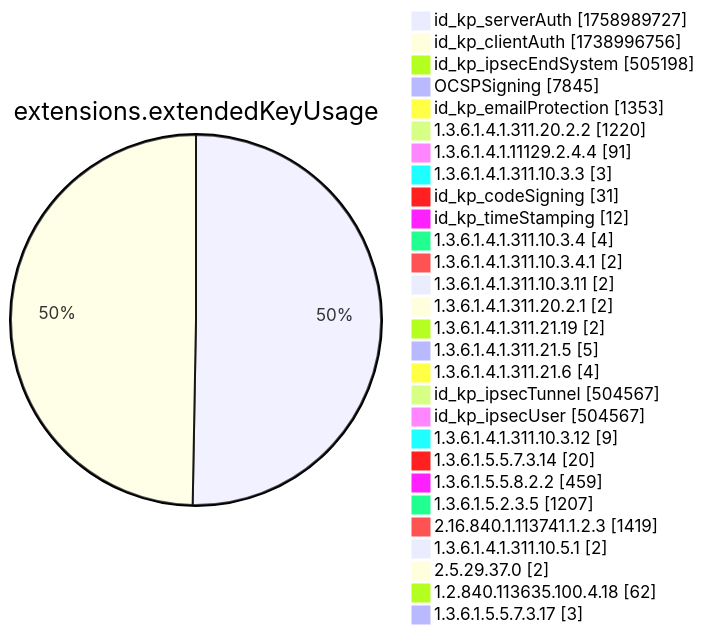
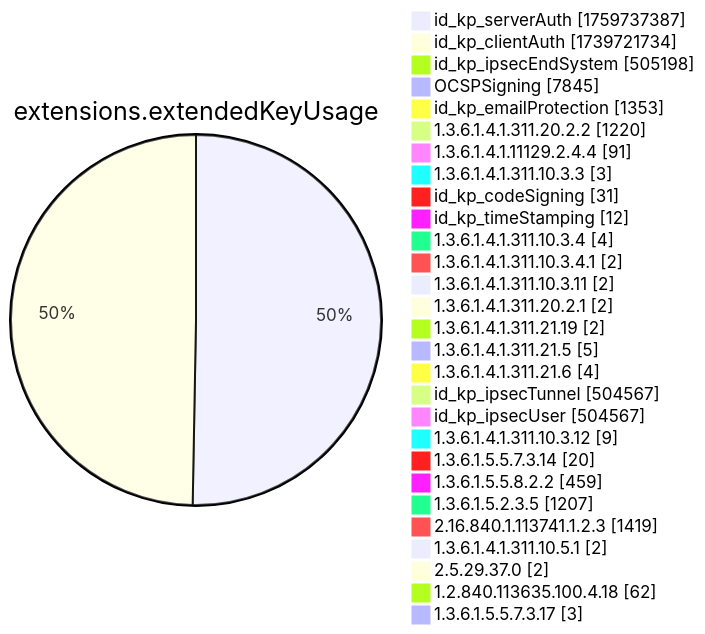
Diagram 12 of 15 in xenon2022/README.md (christiankrug/ctmonitor_visualization), drawn with Mermaid before and after one commit. The commit also changed other lines of this file, not shown here.

````diff
--- a/xenon2022/README.md
+++ b/xenon2022/README.md
@@ -3892,32 +3892,32 @@
 ```mermaid
 pie showData
 title extensions.extendedKeyUsage
-"id_kp_serverAuth" :1758989727
-"id_kp_clientAuth" :1738996756
+"id_kp_serverAuth" :1759737387
+"id_kp_clientAuth" :1739721734
 "id_kp_ipsecEndSystem" :505198
 "OCSPSigning" :7845
 "id_kp_emailProtection" :1353
 "1.3.6.1.4.1.311.20.2.2" :1220
 "1.3.6.1.4.1.11129.2.4.4" :91
 "1.3.6.1.4.1.311.10.3.3" :3
 "id_kp_codeSigning" :31
 "id_kp_timeStamping" :12
 "1.3.6.1.4.1.311.10.3.4" :4
 "1.3.6.1.4.1.311.10.3.4.1" :2
 "1.3.6.1.4.1.311.10.3.11" :2
 "1.3.6.1.4.1.311.20.2.1" :2
 "1.3.6.1.4.1.311.21.19" :2
 "1.3.6.1.4.1.311.21.5" :5
 "1.3.6.1.4.1.311.21.6" :4
 "id_kp_ipsecTunnel" :504567
 "id_kp_ipsecUser" :504567
 "1.3.6.1.4.1.311.10.3.12" :9
 "1.3.6.1.5.5.7.3.14" :20
 "1.3.6.1.5.5.8.2.2" :459
 "1.3.6.1.5.2.3.5" :1207
 "2.16.840.1.113741.1.2.3" :1419
 "1.3.6.1.4.1.311.10.5.1" :2
 "2.5.29.37.0" :2
 "1.2.840.113635.100.4.18" :62
 "1.3.6.1.5.5.7.3.17" :3
 ```
````
